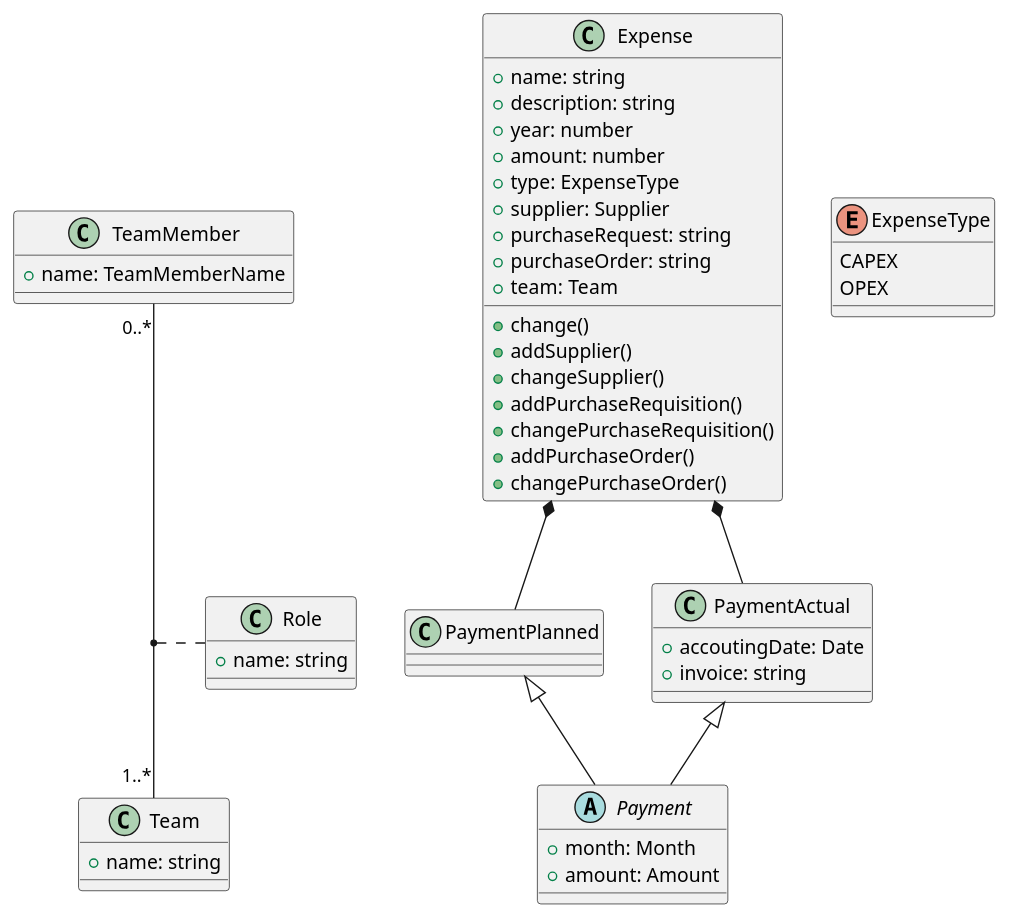
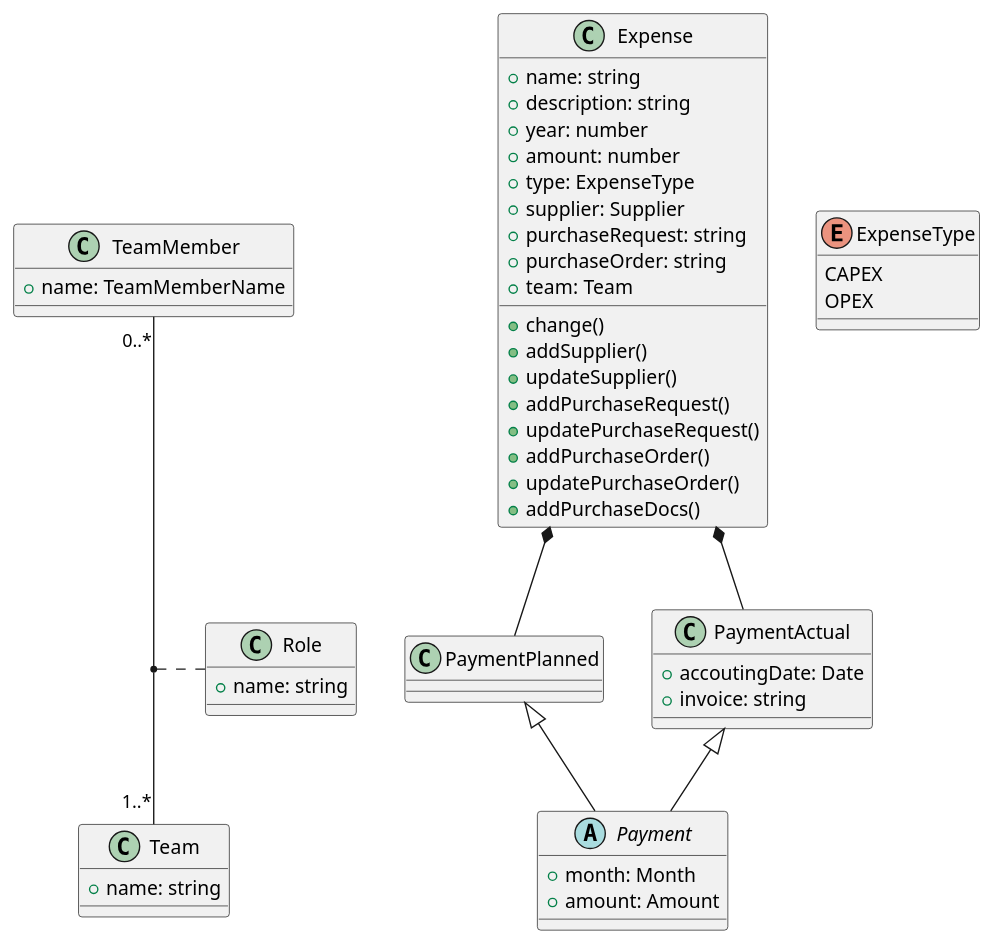
One commit to celsopires1999/expenses-planning changed the diagram in uml/class-diagram.wsd. Above: the diagram before and after it, drawn with PlantUML. The commit also changed 6 other files, not shown here.

```diff
--- a/uml/class-diagram.wsd
+++ b/uml/class-diagram.wsd
@@ -1,61 +1,62 @@
 @startuml Expense
 class Expense {
     + name: string 
     + description: string 
     + year: number
     + amount: number
     + type: ExpenseType
     + supplier: Supplier
     + purchaseRequest: string
     + purchaseOrder: string
     + team: Team
     + change()
     + addSupplier()
-    + changeSupplier()
-    + addPurchaseRequisition()
-    + changePurchaseRequisition()
+    + updateSupplier()
+    + addPurchaseRequest()
+    + updatePurchaseRequest()
     + addPurchaseOrder()
-    + changePurchaseOrder()
+    + updatePurchaseOrder()
+    + addPurchaseDocs()
 }
 enum ExpenseType {
     CAPEX
     OPEX
 }
 abstract class Payment {
     + month: Month
     + amount: Amount
 }
 
 class PaymentPlanned {
 
 }
 
 class PaymentActual {
   + accoutingDate: Date
   + invoice: string
 }
 
 PaymentPlanned <|-- Payment
 PaymentActual <|-- Payment
 
 Expense *-- PaymentPlanned
 Expense *-- PaymentActual
 
 class TeamMember {
     + name: TeamMemberName
 }
 
 class Team { 
     + name: string
 }
 
 class Role { 
     + name: string
 }
 
 TeamMember "0..*" -- "1..*" Team
 (TeamMember, Team) . Role
 
 
 
 @enduml
```
